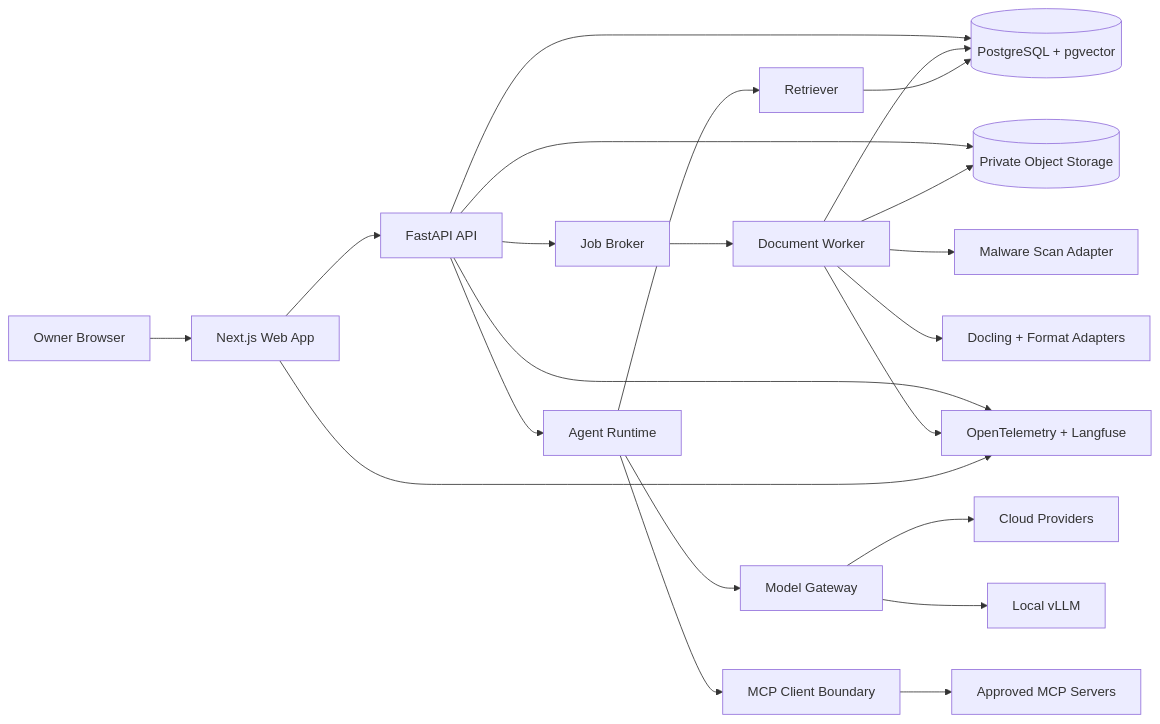
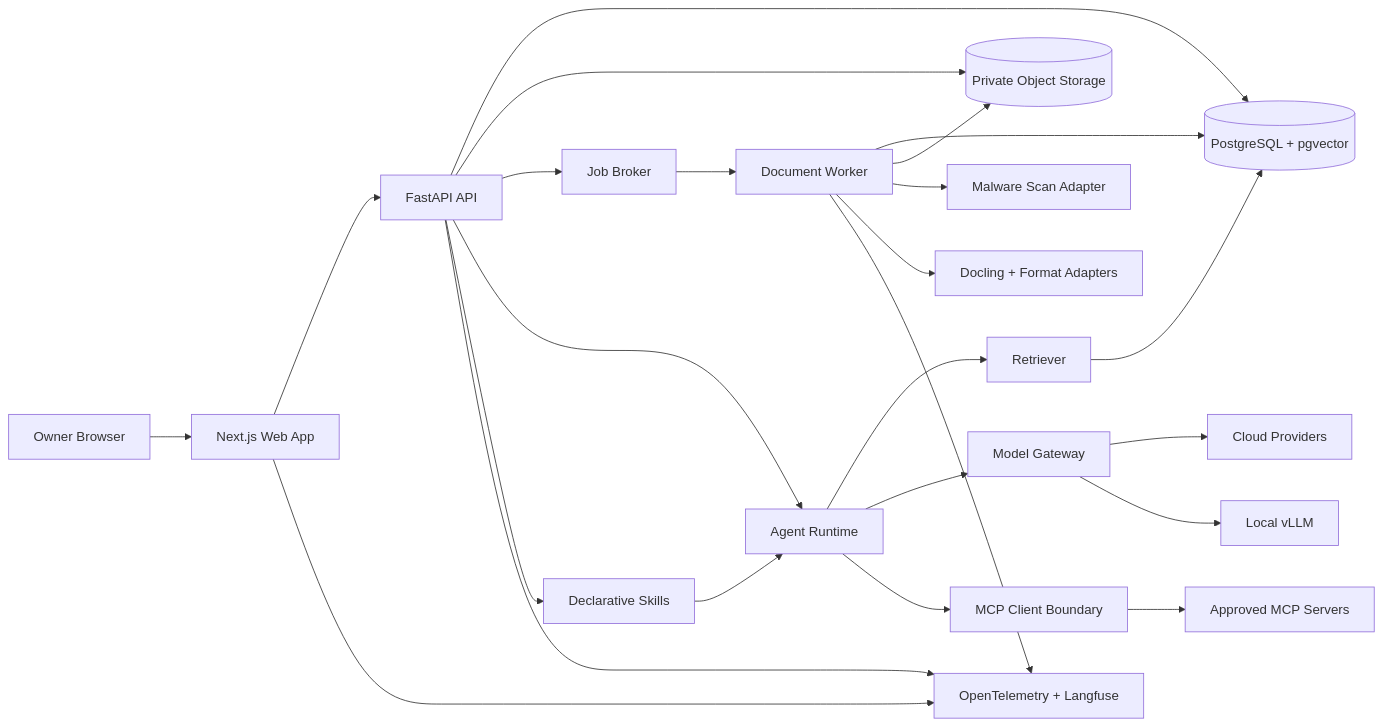
Before and after one commit to GregB712/Loomi-Brain: the first of 3 diagrams in docs/architecture.md, drawn with Mermaid. The commit also changed other lines of this file and 24 other files, not shown here.

Commit message:
feat(skills): add versioned declarative skills and test workflows

````diff
--- a/docs/architecture.md
+++ b/docs/architecture.md
@@ -69,24 +94,26 @@
 ```mermaid
 flowchart LR
   Owner[Owner Browser] --> Web[Next.js Web App]
   Web --> API[FastAPI API]
   API --> DB[(PostgreSQL + pgvector)]
   API --> ObjectStore[(Private Object Storage)]
   API --> Queue[Job Broker]
   Queue --> Worker[Document Worker]
   Worker --> DB
   Worker --> ObjectStore
   Worker --> Scan[Malware Scan Adapter]
   Worker --> Extract[Docling + Format Adapters]
   API --> Agent[Agent Runtime]
   Agent --> Retriever[Retriever]
   Retriever --> DB
   Agent --> ModelGateway[Model Gateway]
   ModelGateway --> CloudLLMs[Cloud Providers]
   ModelGateway --> LocalLLMs[Local vLLM]
   Agent --> MCP[MCP Client Boundary]
   MCP --> MCPServers[Approved MCP Servers]
+  API --> Skills[Declarative Skills]
+  Skills --> Agent
   API --> Observability[OpenTelemetry + Langfuse]
   Worker --> Observability
   Web --> Observability
 ```
````
